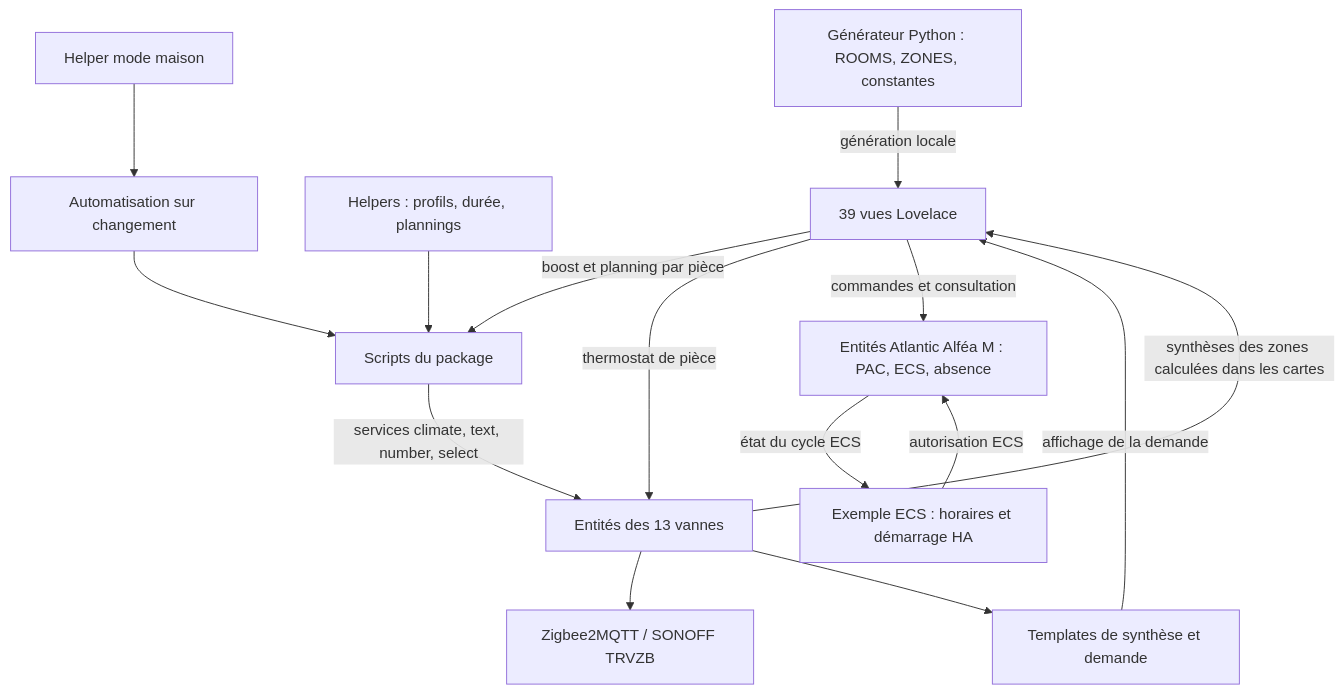
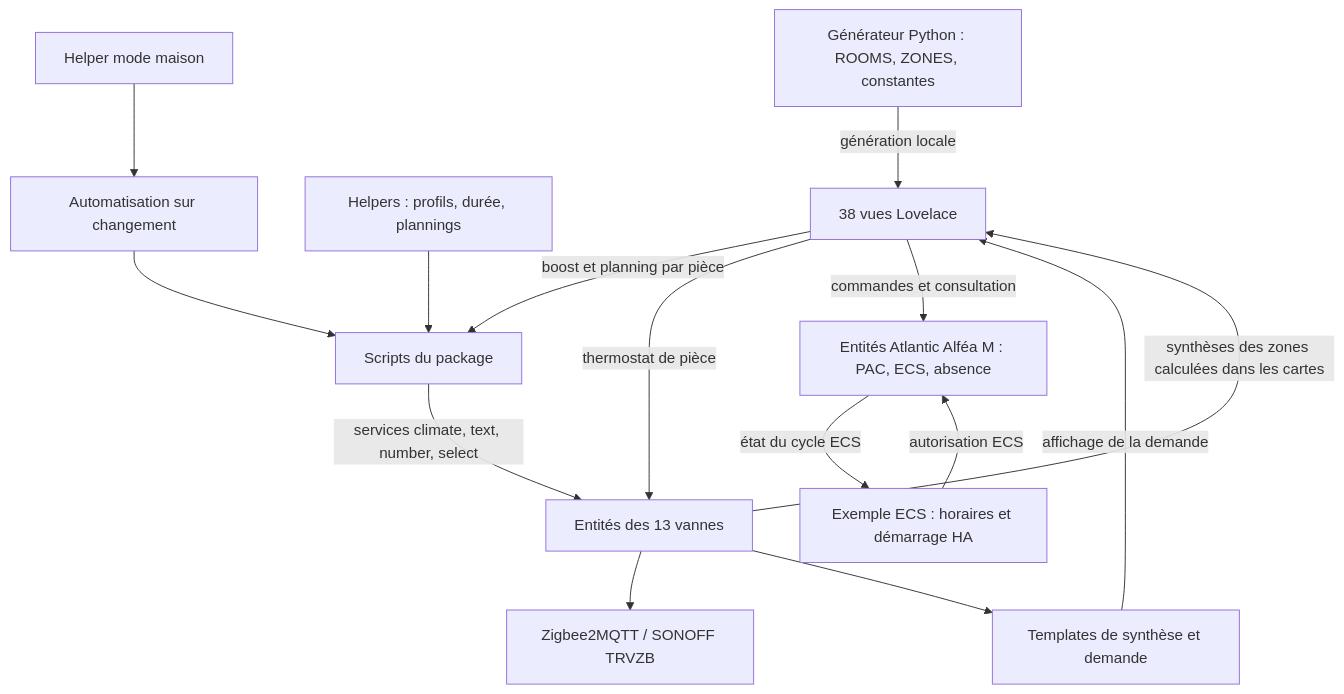
One commit to ricobal/ha-heat-manager changed the diagram in docs/HEAT_MANAGER_ARCHITECTURE.md. Above: the diagram before and after it, drawn with Mermaid. The commit also changed other lines of this file and 4 other files, not shown here.

````diff
--- a/docs/HEAT_MANAGER_ARCHITECTURE.md
+++ b/docs/HEAT_MANAGER_ARCHITECTURE.md
@@ -29,17 +29,17 @@
 ```mermaid
 flowchart TD
-    G["Générateur Python : ROOMS, ZONES, constantes"] -->|génération locale| L["39 vues Lovelace"]
+    G["Générateur Python : ROOMS, ZONES, constantes"] -->|génération locale| L["38 vues Lovelace"]
     L -->|boost et planning par pièce| S["Scripts du package"]
     L -->|thermostat de pièce| V["Entités des 13 vannes"]
     H["Helpers : profils, durée, plannings"] --> S
     M["Helper mode maison"] --> A["Automatisation sur changement"]
     A --> S
     S -->|services climate, text, number, select| V
     V --> Z["Zigbee2MQTT / SONOFF TRVZB"]
     V --> T["Templates de synthèse et demande"]
     T -->|affichage de la demande| L
     V -->|synthèses des zones calculées dans les cartes| L
     L -->|commandes et consultation| P["Entités Atlantic Alféa M : PAC, ECS, absence"]
     E["Exemple ECS : horaires et démarrage HA"] -->|autorisation ECS| P
     P -->|état du cycle ECS| E
 ```
````
